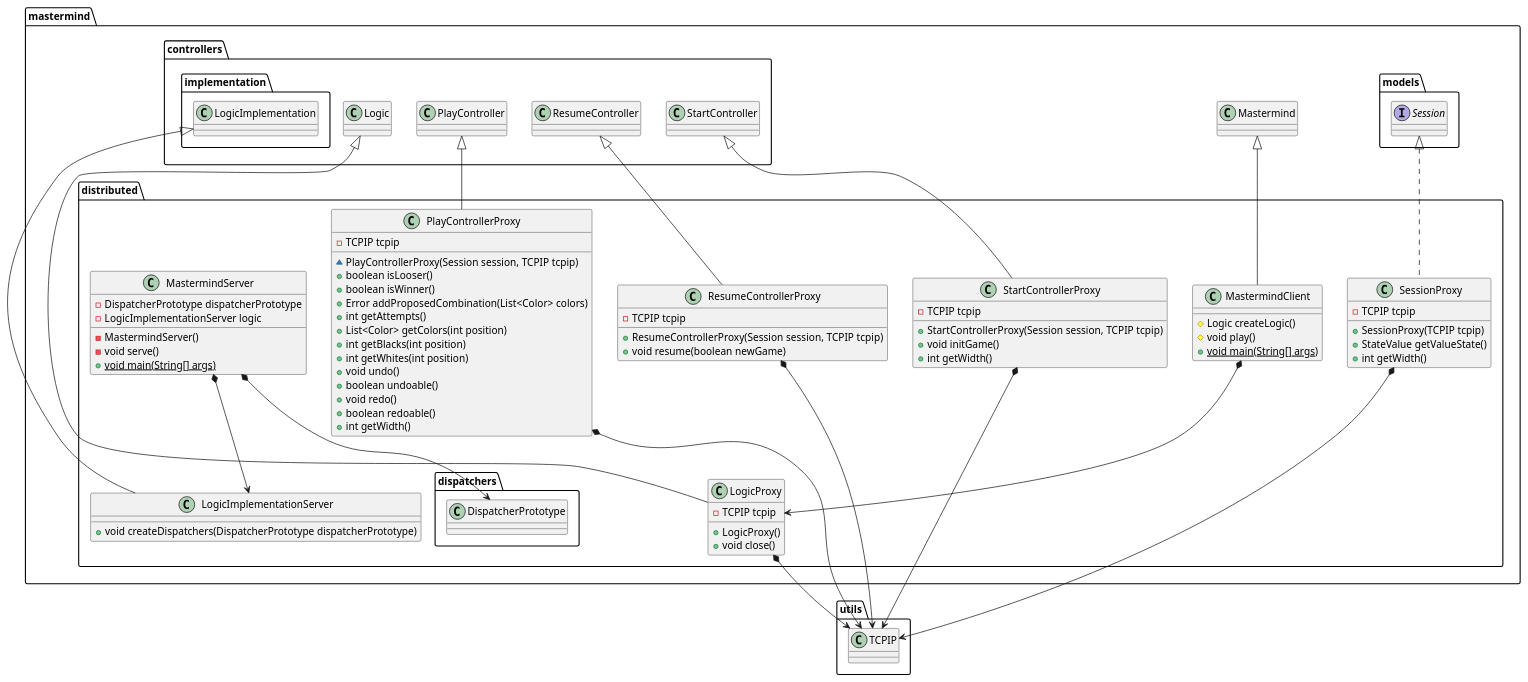
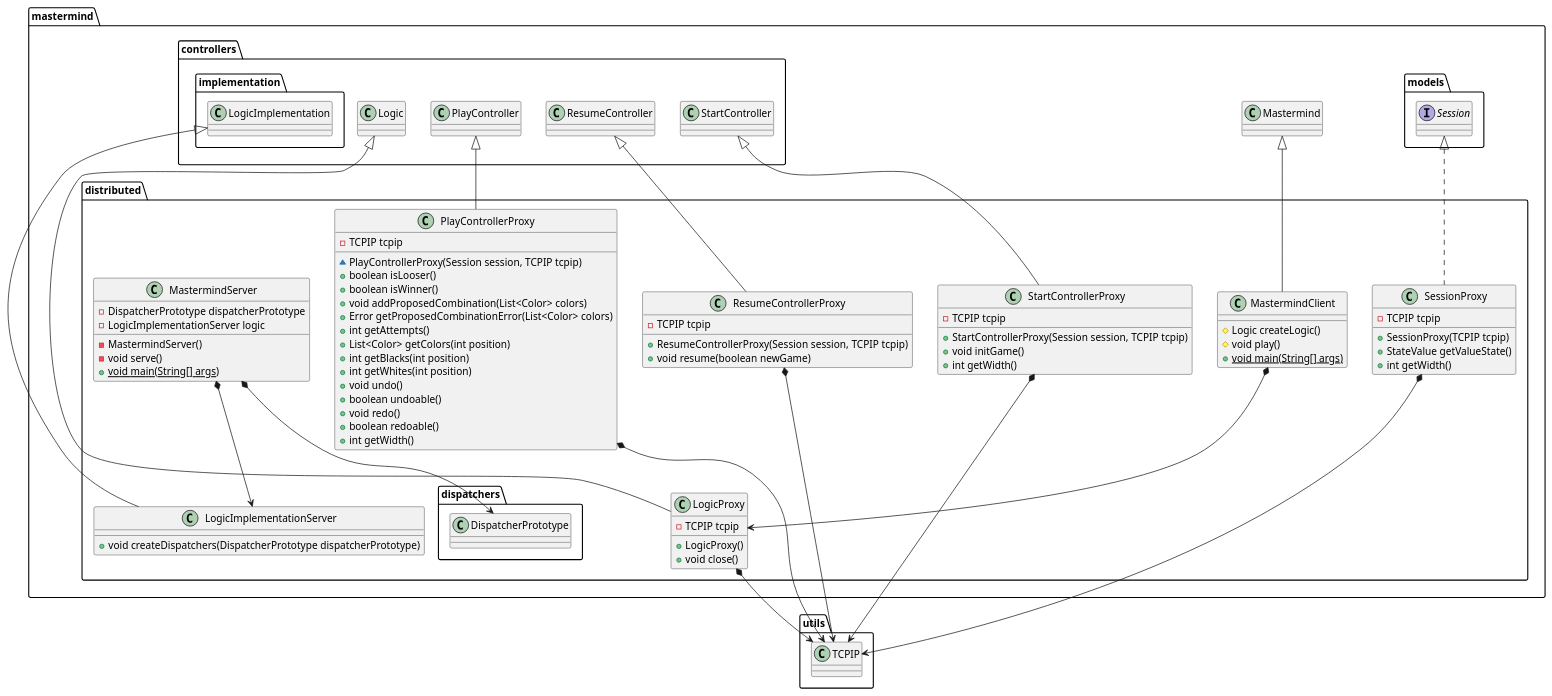
Before and after one commit to jprieto92/mastermindClientServer: the diagram in docs/sources/paqueteMastermindDistributed.iuml, drawn with PlantUML. The commit also changed 18 other files, not shown here.

Commit message:
Update UML diagrams without use relationships

```diff
--- a/docs/sources/paqueteMastermindDistributed.iuml
+++ b/docs/sources/paqueteMastermindDistributed.iuml
@@ -1,81 +1,82 @@
 @startuml
 
 class mastermind.distributed.LogicImplementationServer [[java:jprieto.mastermind.distributed.LogicImplementationServer]] {
 	+void createDispatchers(DispatcherPrototype dispatcherPrototype)
 }
 mastermind.controllers.implementation.LogicImplementation <|-- mastermind.distributed.LogicImplementationServer
 
 class mastermind.distributed.LogicProxy [[java:jprieto.mastermind.distributed.LogicProxy]] {
 	-TCPIP tcpip
 	+LogicProxy()
 	+void close()
 }
 mastermind.controllers.Logic <|-- mastermind.distributed.LogicProxy
 mastermind.distributed.LogicProxy *-down-> utils.TCPIP
 
 class mastermind.distributed.MastermindClient [[java:jprieto.mastermind.distributed.MastermindClient]] {
 	#Logic createLogic()
 	#void play()
 	+{static}void main(String[] args)
 }
 mastermind.distributed.MastermindClient *-down-> mastermind.distributed.LogicProxy
 mastermind.Mastermind <|-- mastermind.distributed.MastermindClient
 
 class mastermind.distributed.MastermindServer [[java:jprieto.mastermind.distributed.MastermindServer]] {
 	-DispatcherPrototype dispatcherPrototype
 	-LogicImplementationServer logic
 	-MastermindServer()
 	-void serve()
 	+{static}void main(String[] args)
 }
 mastermind.distributed.MastermindServer *-down-> mastermind.distributed.LogicImplementationServer
 mastermind.distributed.MastermindServer *-down-> mastermind.distributed.dispatchers.DispatcherPrototype
 
 class mastermind.distributed.PlayControllerProxy [[java:jprieto.mastermind.distributed.PlayControllerProxy]] {
 	-TCPIP tcpip
 	~PlayControllerProxy(Session session, TCPIP tcpip)
 	+boolean isLooser()
 	+boolean isWinner()
-	+Error addProposedCombination(List<Color> colors)
+	+void addProposedCombination(List<Color> colors)
+	+Error getProposedCombinationError(List<Color> colors)
 	+int getAttempts()
 	+List<Color> getColors(int position)
 	+int getBlacks(int position)
 	+int getWhites(int position)
 	+void undo()
 	+boolean undoable()
 	+void redo()
 	+boolean redoable()
 	+int getWidth()
 }
 mastermind.controllers.PlayController <|-- mastermind.distributed.PlayControllerProxy
 mastermind.distributed.PlayControllerProxy *-down-> utils.TCPIP
 
 class mastermind.distributed.ResumeControllerProxy [[java:jprieto.mastermind.distributed.ResumeControllerProxy]] {
 	-TCPIP tcpip
 	+ResumeControllerProxy(Session session, TCPIP tcpip)
 	+void resume(boolean newGame)
 }
 mastermind.controllers.ResumeController <|-- mastermind.distributed.ResumeControllerProxy
 mastermind.distributed.ResumeControllerProxy *-down-> utils.TCPIP
 
 class mastermind.distributed.SessionProxy [[java:jprieto.mastermind.distributed.SessionProxy]] {
 	-TCPIP tcpip
 	+SessionProxy(TCPIP tcpip)
 	+StateValue getValueState()
 	+int getWidth()
 }
 interface mastermind.models.Session [[java:jprieto.mastermind.models.Session]] {
 }
 mastermind.models.Session <|.. mastermind.distributed.SessionProxy
 mastermind.distributed.SessionProxy *-down-> utils.TCPIP
 
 class mastermind.distributed.StartControllerProxy [[java:jprieto.mastermind.distributed.StartControllerProxy]] {
 	-TCPIP tcpip
 	+StartControllerProxy(Session session, TCPIP tcpip)
 	+void initGame()
 	+int getWidth()
 }
 mastermind.controllers.StartController <|-- mastermind.distributed.StartControllerProxy
 mastermind.distributed.StartControllerProxy *-down-> utils.TCPIP
 
 @enduml
```
